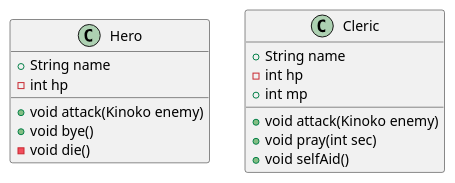
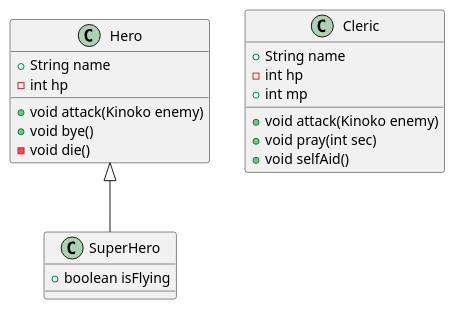
One commit to SurvivalCodingCampus/polytech_java_study changed the diagram in src/main/java/com/survivalcoding/Game.puml. Above: the diagram before and after it, drawn with PlantUML. The commit also changed 7 other files, not shown here.

```diff
--- a/src/main/java/com/survivalcoding/Game.puml
+++ b/src/main/java/com/survivalcoding/Game.puml
@@ -1,25 +1,28 @@
 @startuml
 'https://plantuml.com/class-diagram
 
 
+class SuperHero extends Hero {
+    + boolean isFlying
+}
 
 class Hero {
     + String name
     - int hp
 
     + void attack(Kinoko enemy)
     + void bye()
     - void die()
 }
 
 class Cleric {
     + String name
     - int hp
     + int mp
 
     + void attack(Kinoko enemy)
     + void pray(int sec)
     + void selfAid()
 }
 
 @enduml
```
